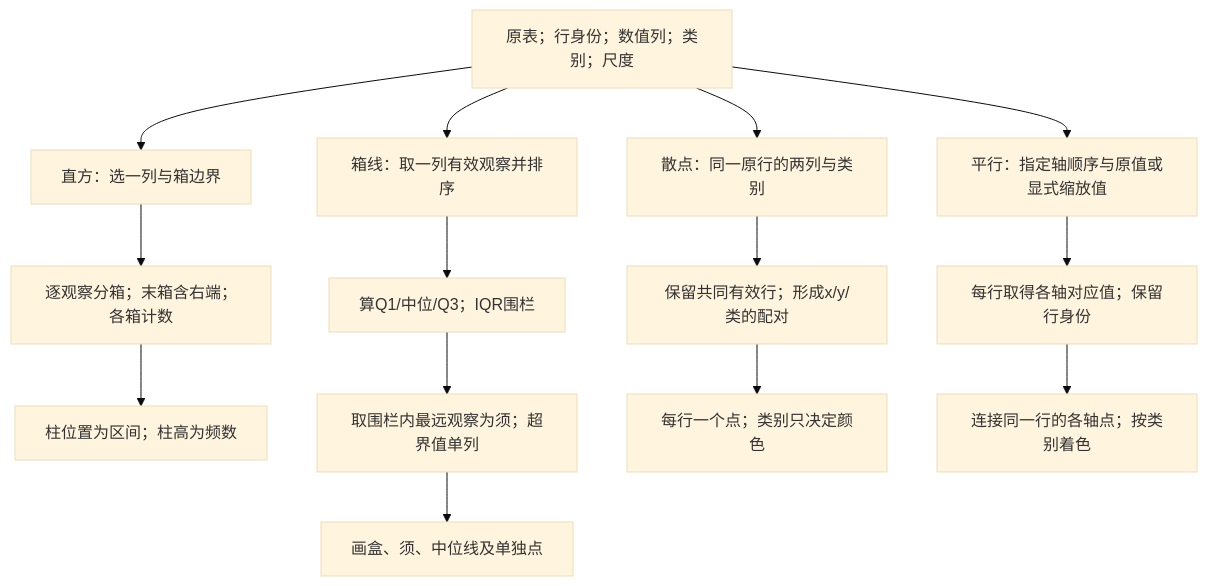
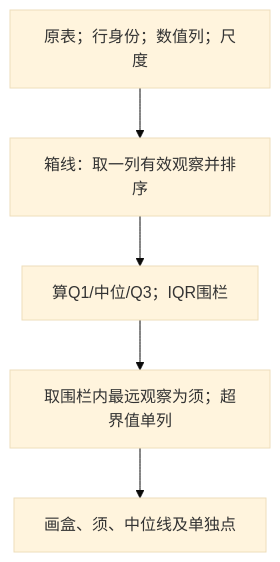
The fifth of 14 diagrams in IS6400_Business_Data_Analytics/notes/T03-数据探索实战-Iris与Airbnb的描述统计.md (CercaTrovato/cityu-ai-course-notes), drawn with Mermaid (base theme) before and after one commit. The commit also changed other lines of this file and 249 other files, not shown here.

````diff
--- a/IS6400_Business_Data_Analytics/notes/T03-数据探索实战-Iris与Airbnb的描述统计.md
+++ b/IS6400_Business_Data_Analytics/notes/T03-数据探索实战-Iris与Airbnb的描述统计.md
@@ -475,16 +544,7 @@
 ```mermaid
 flowchart TD
-    P0[原表；行身份；数值列；类别；尺度] --> PH[直方：选一列与箱边界]
-    PH --> PH1[逐观察分箱；末箱含右端；各箱计数]
-    PH1 --> PH2[柱位置为区间；柱高为频数]
-    P0 --> PB[箱线：取一列有效观察并排序]
+    PB0[原表；行身份；数值列；尺度] --> PB[箱线：取一列有效观察并排序]
     PB --> PB1[算Q1/中位/Q3；IQR围栏]
     PB1 --> PB2[取围栏内最远观察为须；超界值单列]
     PB2 --> PB3[画盒、须、中位线及单独点]
-    P0 --> PS[散点：同一原行的两列与类别]
-    PS --> PS1[保留共同有效行；形成x/y/类的配对]
-    PS1 --> PS2[每行一个点；类别只决定颜色]
-    P0 --> PP[平行：指定轴顺序与原值或显式缩放值]
-    PP --> PP1[每行取得各轴对应值；保留行身份]
-    PP1 --> PP2[连接同一行的各轴点；按类别着色]
 ```
````
